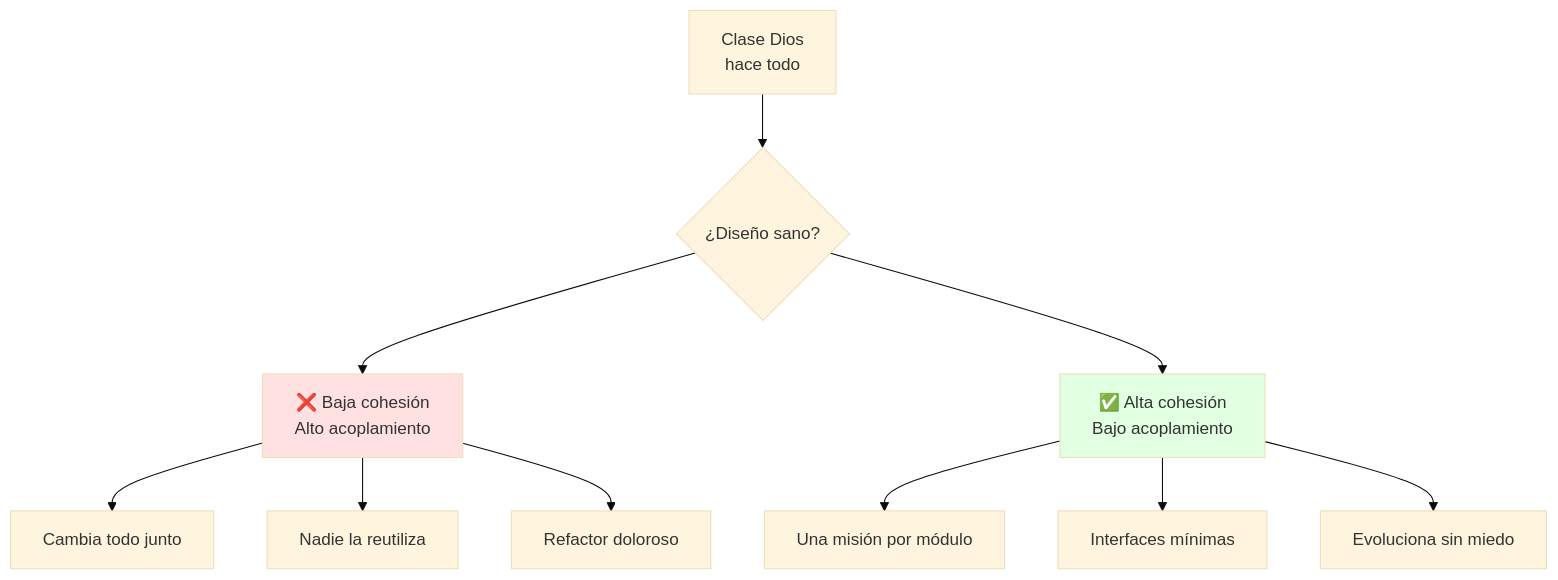
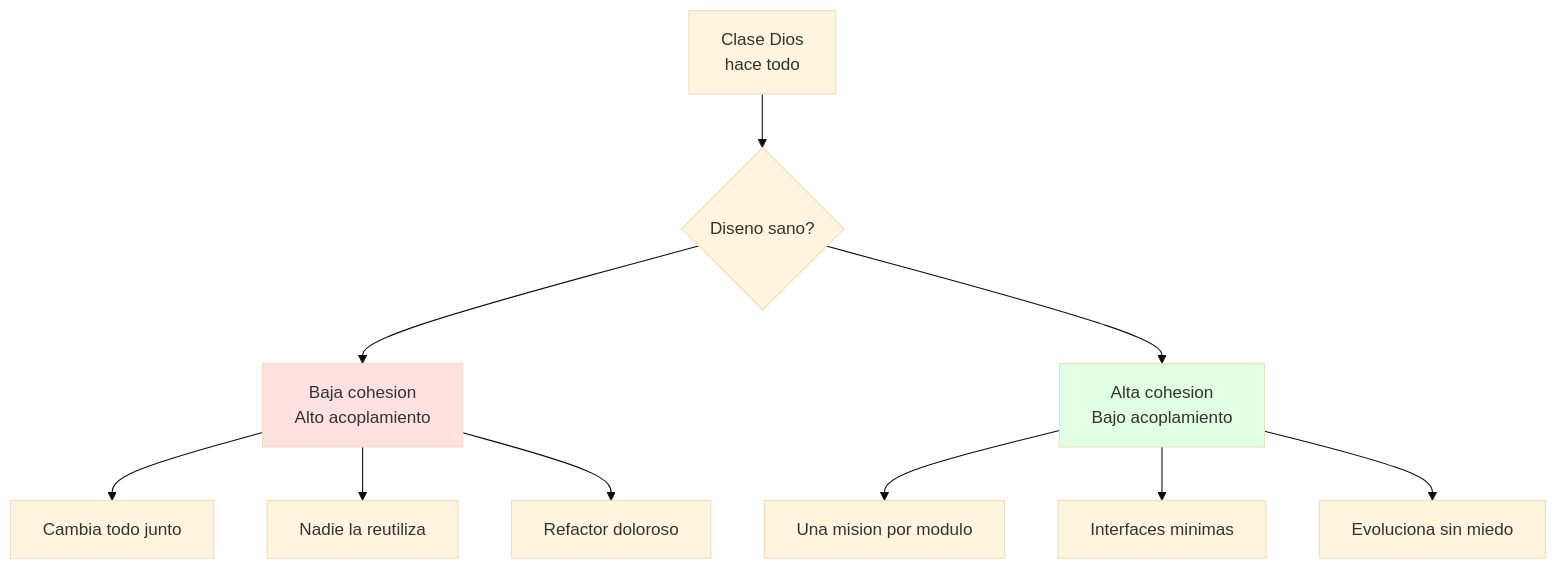
Before and after one commit to Fsteven22/Notas-de-Universidad-Freddy-Sanchez-: the first of 3 diagrams in Universidad/3er Semestre/Diseño de Software/Unidad 1 - Introducción al diseño/02 - Principios de diseño, cohesión y acoplamiento.md, drawn with Mermaid (base theme). The commit also changed other lines of this file and 40 other files, not shown here.

````diff
--- a/Universidad/3er Semestre/Diseño de Software/Unidad 1 - Introducción al diseño/02 - Principios de diseño, cohesión y acoplamiento.md
+++ b/Universidad/3er Semestre/Diseño de Software/Unidad 1 - Introducción al diseño/02 - Principios de diseño, cohesión y acoplamiento.md
@@ -27,17 +29,17 @@
 ```mermaid
 graph TB
-    A[Clase Dios<br/>hace todo] --> B{¿Diseño sano?}
-    B --> C[❌ Baja cohesión<br/>Alto acoplamiento]
-    B --> D[✅ Alta cohesión<br/>Bajo acoplamiento]
+    A["Clase Dios<br/>hace todo"] --> B{"Diseno sano?"}
+    B --> C["Baja cohesion<br/>Alto acoplamiento"]
+    B --> D["Alta cohesion<br/>Bajo acoplamiento"]
 
-    C --> C1[Cambia todo junto]
-    C --> C2[Nadie la reutiliza]
-    C --> C3[Refactor doloroso]
+    C --> C1["Cambia todo junto"]
+    C --> C2["Nadie la reutiliza"]
+    C --> C3["Refactor doloroso"]
 
-    D --> D1[Una misión por módulo]
-    D --> D2[Interfaces mínimas]
-    D --> D3[Evoluciona sin miedo]
+    D --> D1["Una mision por modulo"]
+    D --> D2["Interfaces minimas"]
+    D --> D3["Evoluciona sin miedo"]
 
     style C fill:#ffe1e1
     style D fill:#e1ffe1
 ```
````
